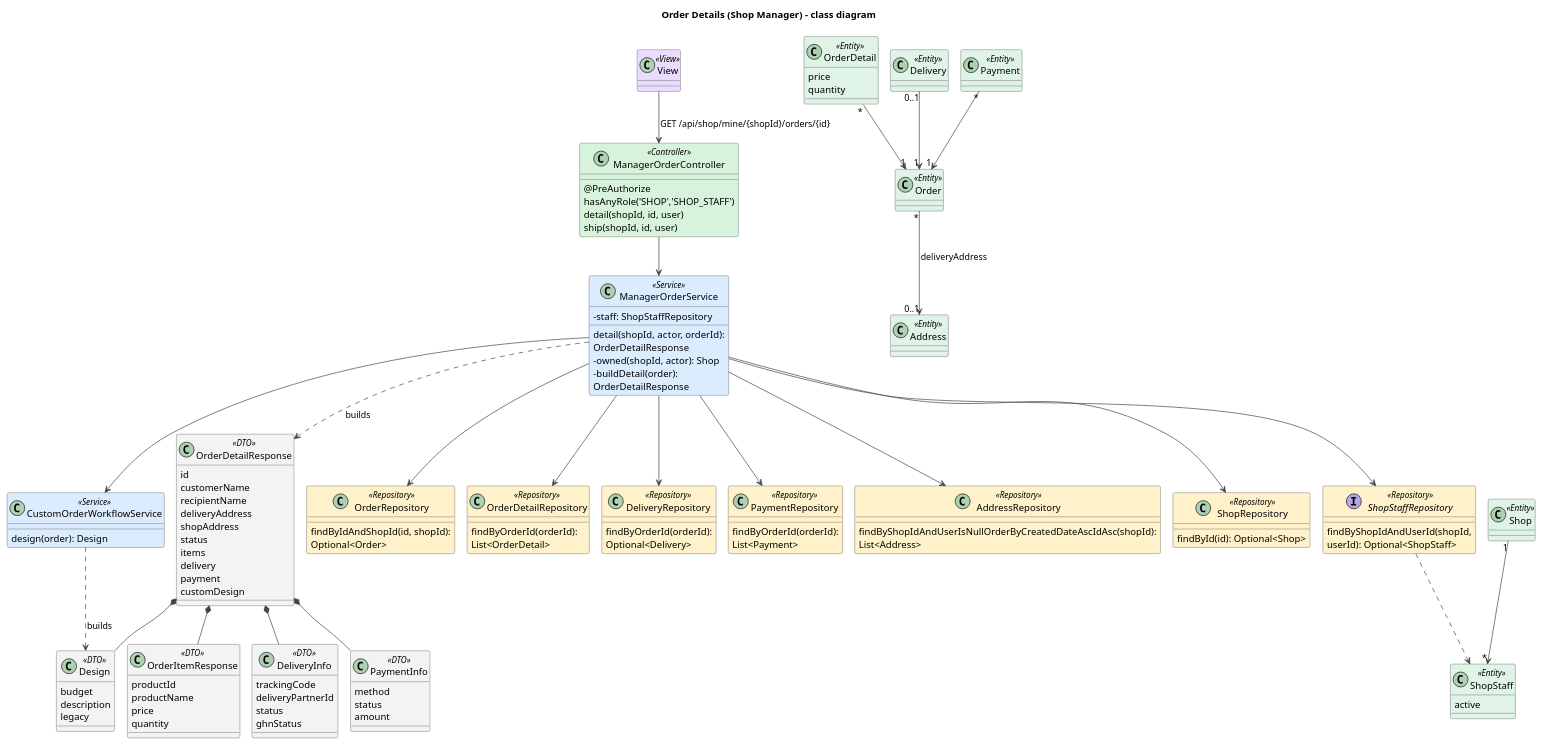
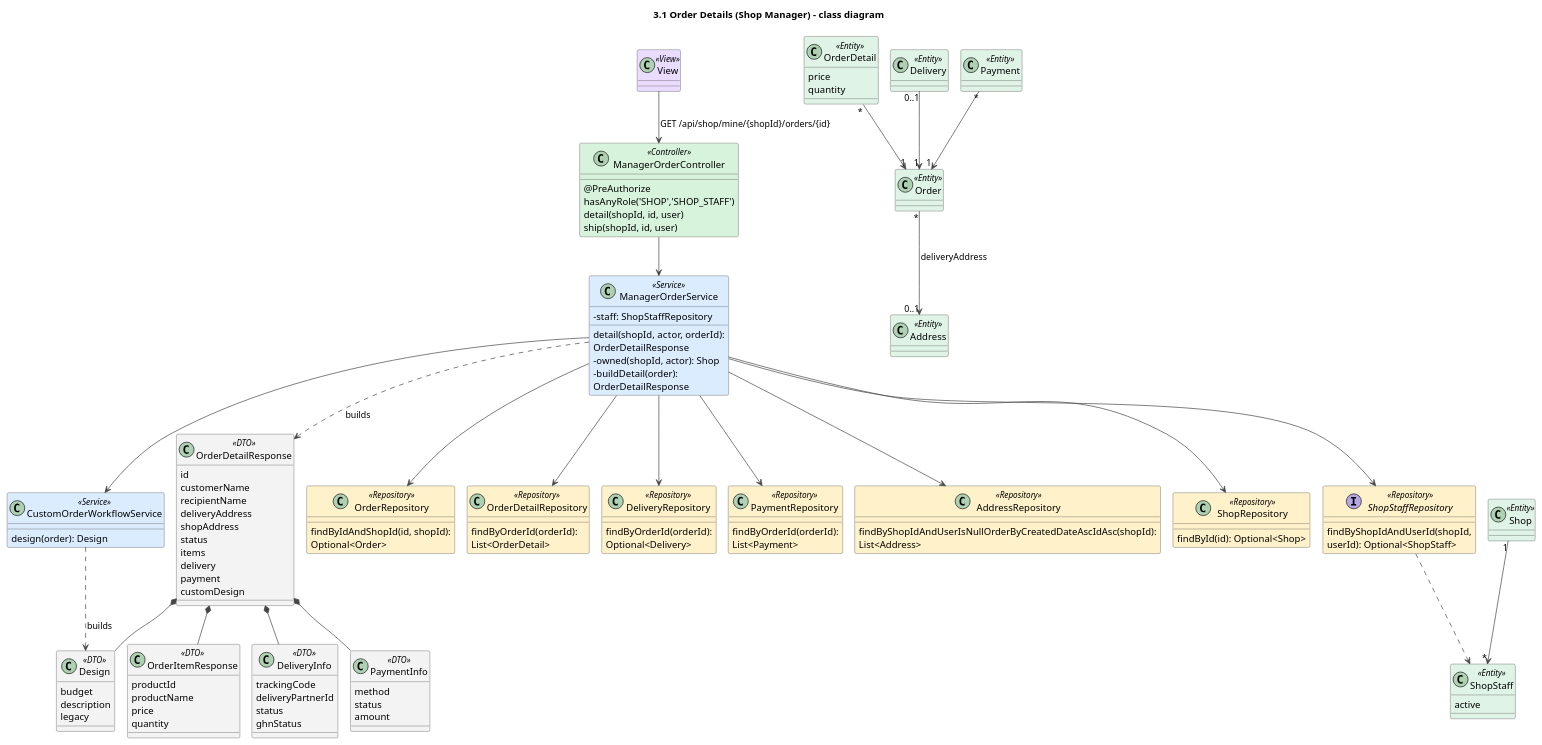
Before and after one commit to duckpao/FlowerShop_SWP391: the diagram in docs/sds/3.1-order-details-class.puml, drawn with PlantUML. The commit also changed 356 other files, not shown here.

```diff
--- a/docs/sds/3.1-order-details-class.puml
+++ b/docs/sds/3.1-order-details-class.puml
@@ -1,129 +1,129 @@
 @startuml
 !pragma layout smetana
-title Order Details (Shop Manager) - class diagram
+title 3.1 Order Details (Shop Manager) - class diagram
 skinparam shadowing false
 skinparam defaultFontName Arial
 skinparam wrapWidth 240
 skinparam ArrowColor #444444
 skinparam classAttributeIconSize 0
 skinparam nodesep 45
 skinparam ranksep 50
 skinparam class {
   BackgroundColor #FFFFFF
   BorderColor #444444
   BackgroundColor<<View>> #EADCFF
   BackgroundColor<<Controller>> #D8F3DC
   BackgroundColor<<Service>> #DCECFF
   BackgroundColor<<Repository>> #FFF1C9
   BackgroundColor<<Entity>> #E0F3E7
   BackgroundColor<<DTO>> #F3F3F3
   BackgroundColor<<External>> #FFE0E0
 }
 
 class View <<View>>
 class ManagerOrderController <<Controller>> {
   @PreAuthorize hasAnyRole('SHOP','SHOP_STAFF')
   detail(shopId, id, user)
   ship(shopId, id, user)
 }
 class ManagerOrderService <<Service>> {
   detail(shopId, actor, orderId): OrderDetailResponse
   -owned(shopId, actor): Shop
   -buildDetail(order): OrderDetailResponse
   -staff: ShopStaffRepository
 }
 class CustomOrderWorkflowService <<Service>> {
   design(order): Design
 }
 class OrderDetailResponse <<DTO>> {
   id
   customerName
   recipientName
   deliveryAddress
   shopAddress
   status
   items
   delivery
   payment
   customDesign
 }
 class OrderItemResponse <<DTO>> {
   productId
   productName
   price
   quantity
 }
 class DeliveryInfo <<DTO>> {
   trackingCode
   deliveryPartnerId
   status
   ghnStatus
 }
 class PaymentInfo <<DTO>> {
   method
   status
   amount
 }
 class Design <<DTO>> {
   budget
   description
   legacy
 }
 class OrderRepository <<Repository>> {
   findByIdAndShopId(id, shopId): Optional<Order>
 }
 class OrderDetailRepository <<Repository>> {
   findByOrderId(orderId): List<OrderDetail>
 }
 class DeliveryRepository <<Repository>> {
   findByOrderId(orderId): Optional<Delivery>
 }
 class PaymentRepository <<Repository>> {
   findByOrderId(orderId): List<Payment>
 }
 class AddressRepository <<Repository>> {
   findByShopIdAndUserIsNullOrderByCreatedDateAscIdAsc(shopId): List<Address>
 }
 class ShopRepository <<Repository>> {
   findById(id): Optional<Shop>
 }
 interface ShopStaffRepository <<Repository>> {
   findByShopIdAndUserId(shopId, userId): Optional<ShopStaff>
 }
 class Order <<Entity>>
 class OrderDetail <<Entity>> {
   price
   quantity
 }
 class Delivery <<Entity>>
 class Payment <<Entity>>
 class Address <<Entity>>
 class Shop <<Entity>>
 class ShopStaff <<Entity>> {
   active
 }
 
 View --> ManagerOrderController : GET /api/shop/mine/{shopId}/orders/{id}
 ManagerOrderController --> ManagerOrderService
 ManagerOrderService --> ShopRepository
 ManagerOrderService --> ShopStaffRepository
 ManagerOrderService --> OrderRepository
 ManagerOrderService --> OrderDetailRepository
 ManagerOrderService --> DeliveryRepository
 ManagerOrderService --> PaymentRepository
 ManagerOrderService --> AddressRepository
 ManagerOrderService --> CustomOrderWorkflowService
 ManagerOrderService ..> OrderDetailResponse : builds
 CustomOrderWorkflowService ..> Design : builds
 OrderDetailResponse *-- OrderItemResponse
 OrderDetailResponse *-- DeliveryInfo
 OrderDetailResponse *-- PaymentInfo
 OrderDetailResponse *-- Design
 ShopStaffRepository ..> ShopStaff
 OrderDetail "*" --> "1" Order
 Delivery "0..1" --> "1" Order
 Payment "*" --> "1" Order
 Order "*" --> "0..1" Address : deliveryAddress
 Shop "1" --> "*" ShopStaff
 
 @enduml
```
